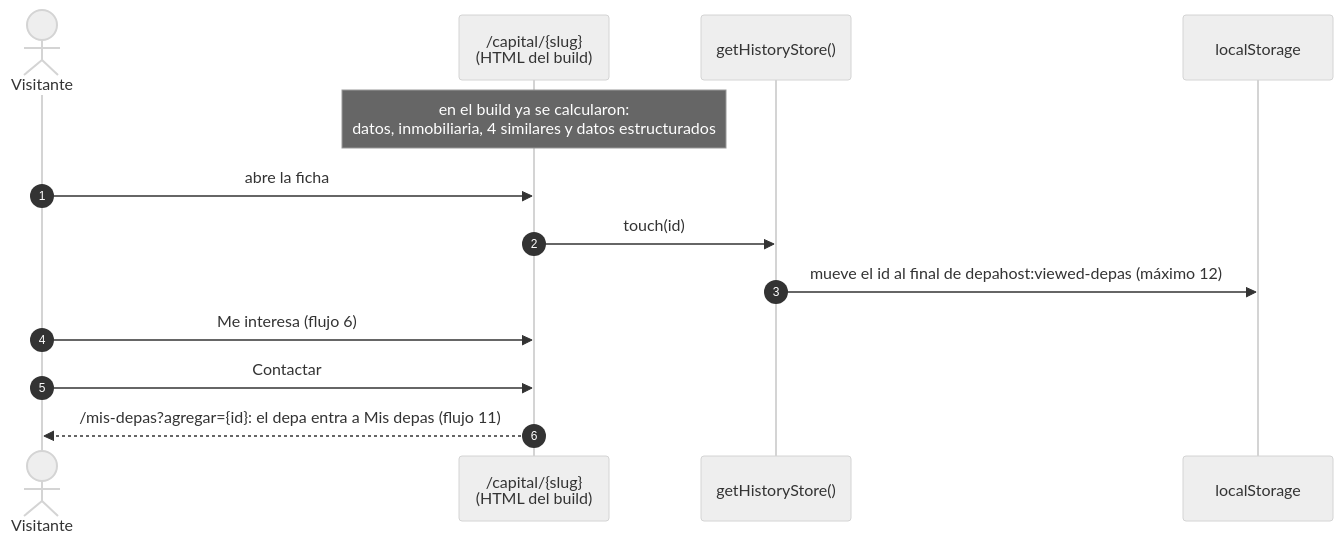
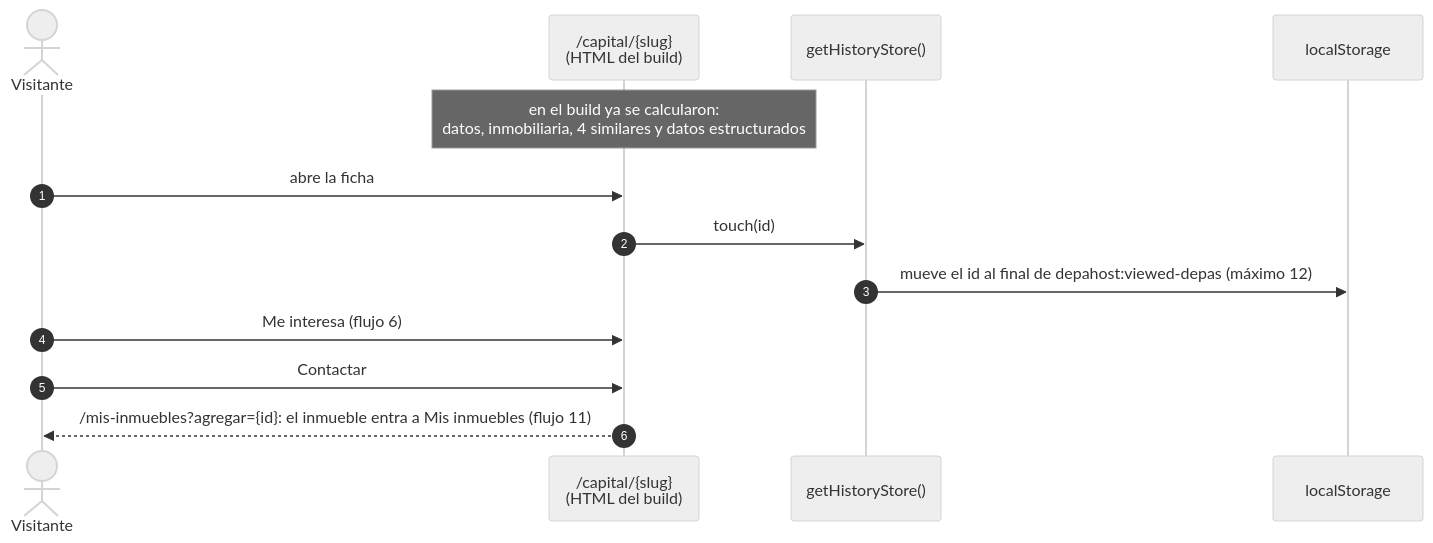
Before and after one commit to samirharrytl/DHC_landing: the ninth of 18 diagrams in docs/plataforma/05-flujos.md, drawn with Mermaid (neutral theme). The commit also changed other lines of this file and 72 other files, not shown here.

First line of the commit message:
Fuente Poppins como depahostperu.com, "Mis depas" pasa a "Mis inmuebles" y cambios en API y panel

````diff
--- a/docs/plataforma/05-flujos.md
+++ b/docs/plataforma/05-flujos.md
@@ -324,16 +324,16 @@
 ```mermaid
 sequenceDiagram
     autonumber
     actor V as Visitante
     participant PG as /capital/{slug}<br/>(HTML del build)
     participant HS as getHistoryStore()
     participant LS as localStorage
 
     Note over PG: en el build ya se calcularon:<br/>datos, inmobiliaria, 4 similares y datos estructurados
     V->>PG: abre la ficha
     PG->>HS: touch(id)
     HS->>LS: mueve el id al final de depahost:viewed-depas (máximo 12)
     V->>PG: Me interesa (flujo 6)
     V->>PG: Contactar
-    PG-->>V: /mis-depas?agregar={id}: el depa entra a Mis depas (flujo 11)
+    PG-->>V: /mis-inmuebles?agregar={id}: el inmueble entra a Mis inmuebles (flujo 11)
 ```
````
